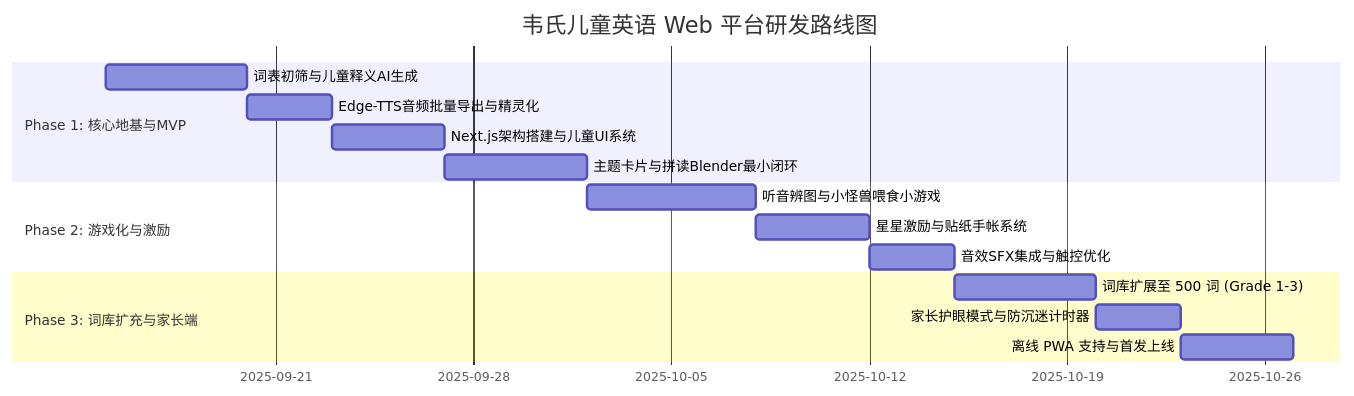
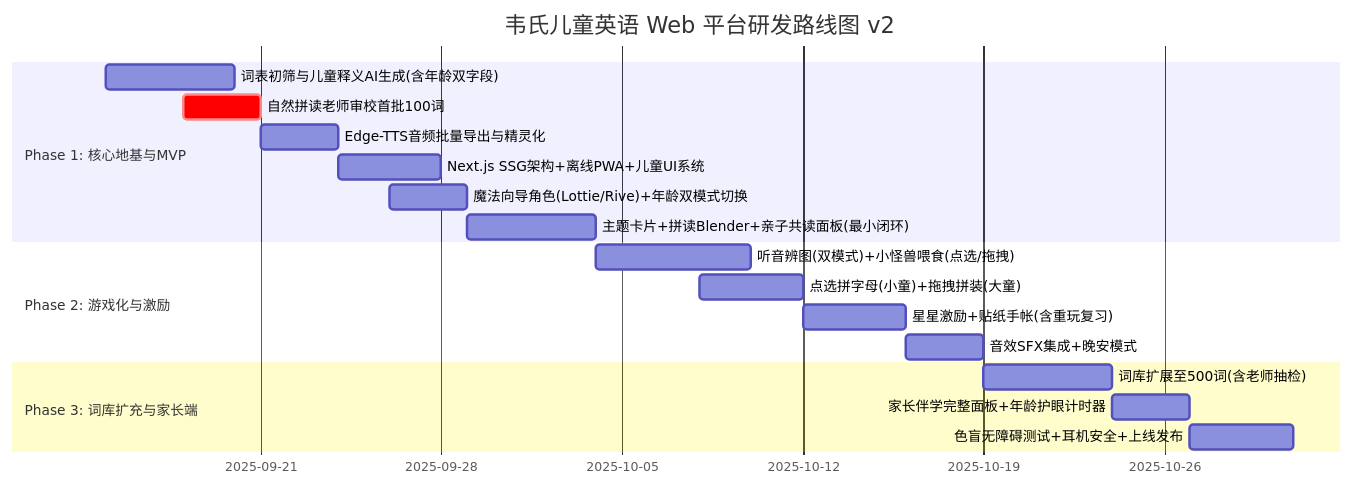
One commit to mystudy-hub/w-english changed the diagram in docs/PROJECT_PLAN.md. Above: the diagram before and after it, drawn with Mermaid. The commit also changed other lines of this file, not shown here.

````diff
--- a/docs/PROJECT_PLAN.md
+++ b/docs/PROJECT_PLAN.md
@@ -180,18 +313,21 @@
 ```mermaid
 gantt
-    title 韦氏儿童英语 Web 平台研发路线图
+    title 韦氏儿童英语 Web 平台研发路线图 v2
     dateFormat  YYYY-MM-DD
     section Phase 1: 核心地基与MVP
-    词表初筛与儿童释义AI生成       :2025-09-15, 5d
-    Edge-TTS音频批量导出与精灵化    :2025-09-20, 3d
-    Next.js架构搭建与儿童UI系统      :2025-09-23, 4d
-    主题卡片与拼读Blender最小闭环   :2025-09-27, 5d
+    词表初筛与儿童释义AI生成(含年龄双字段)  :2025-09-15, 5d
+    自然拼读老师审校首批100词               :crit, 2025-09-18, 3d
+    Edge-TTS音频批量导出与精灵化             :2025-09-21, 3d
+    Next.js SSG架构+离线PWA+儿童UI系统       :2025-09-24, 4d
+    魔法向导角色(Lottie/Rive)+年龄双模式切换 :2025-09-26, 3d
+    主题卡片+拼读Blender+亲子共读面板(最小闭环):2025-09-29, 5d
     section Phase 2: 游戏化与激励
-    听音辨图与小怪兽喂食小游戏      :2025-10-02, 6d
-    星星激励与贴纸手帐系统          :2025-10-08, 4d
-    音效SFX集成与触控优化           :2025-10-12, 3d
+    听音辨图(双模式)+小怪兽喂食(点选/拖拽)   :2025-10-04, 6d
+    点选拼字母(小童)+拖拽拼装(大童)          :2025-10-08, 4d
+    星星激励+贴纸手帐(含重玩复习)            :2025-10-12, 4d
+    音效SFX集成+晚安模式                      :2025-10-16, 3d
     section Phase 3: 词库扩充与家长端
-    词库扩展至 500 词 (Grade 1-3)   :2025-10-15, 5d
-    家长护眼模式与防沉迷计时器      :2025-10-20, 3d
-    离线 PWA 支持与首发上线         :2025-10-23, 4d
+    词库扩展至500词(含老师抽检)              :2025-10-19, 5d
+    家长伴学完整面板+年龄护眼计时器           :2025-10-24, 3d
+    色盲无障碍测试+耳机安全+上线发布          :2025-10-27, 4d
 ```
````
